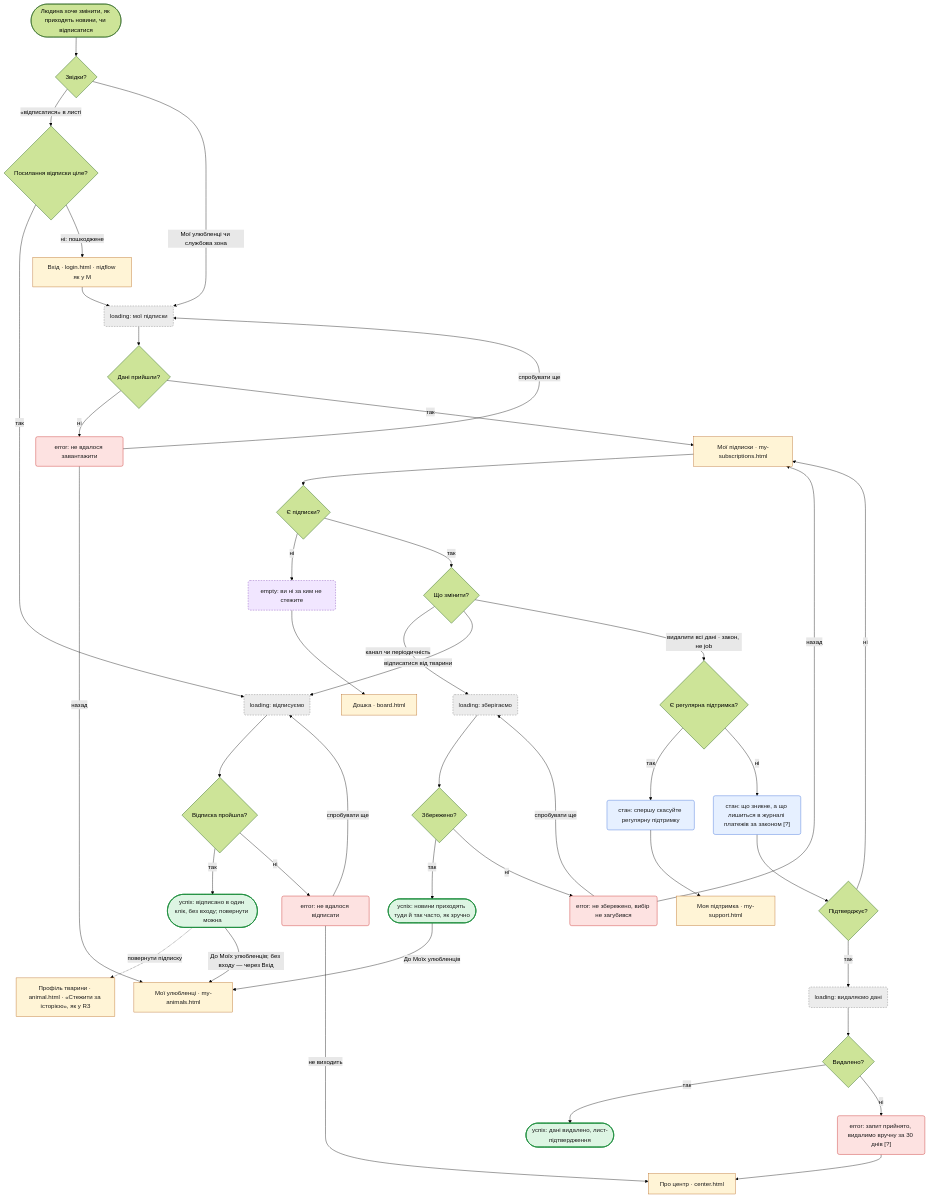
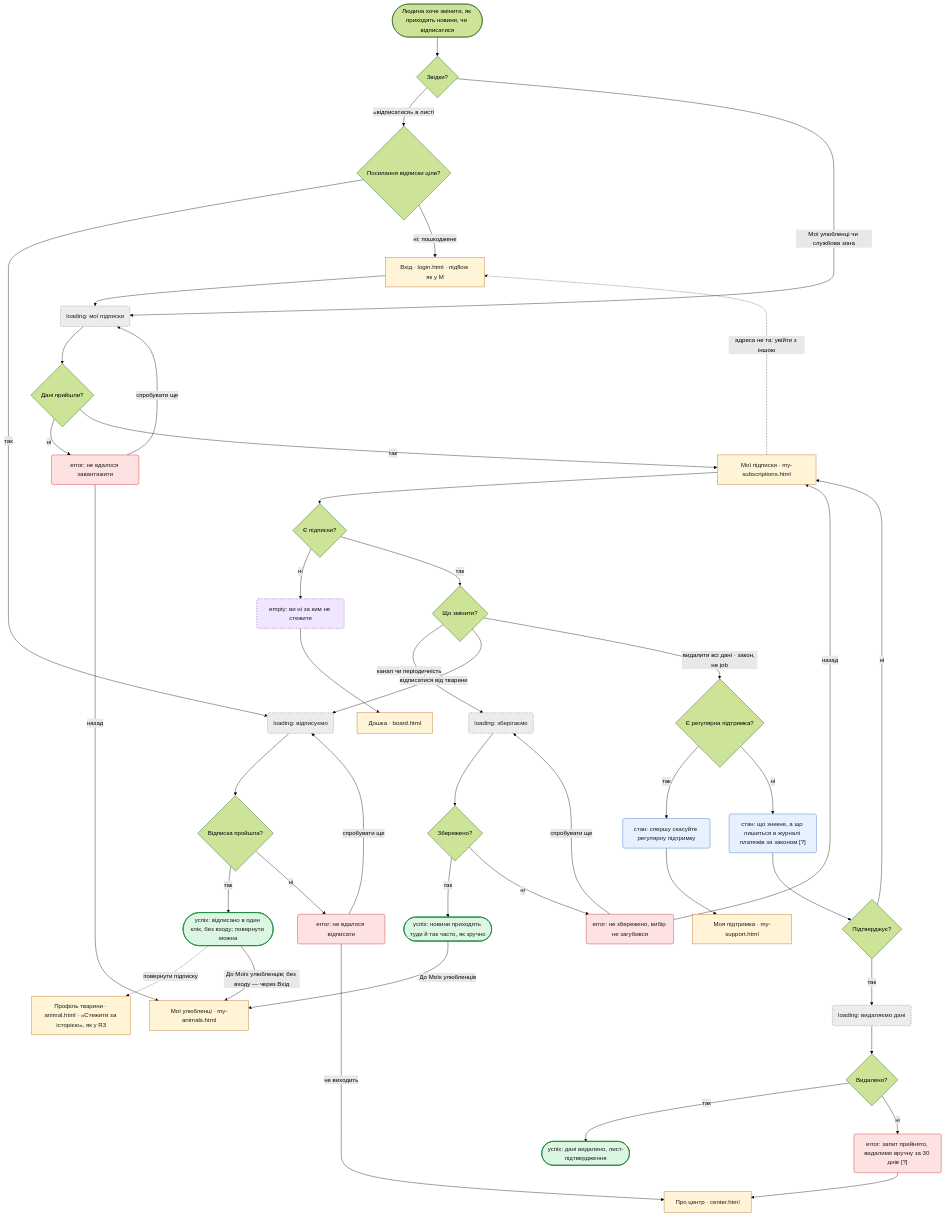
One commit to diadieva/pride changed the sixth of 8 diagrams in flows.md. Above: the diagram before and after it, drawn with Mermaid (forest theme). The commit also changed other lines of this file and 52 other files, not shown here.

````diff
--- a/flows.md
+++ b/flows.md
@@ -594,60 +594,61 @@
 ```mermaid
 flowchart TD
     S(["Людина хоче змінити, як приходять новини, чи відписатися"]) --> Q1{"Звідки?"}
     Q1 -->|"«відписатися» в листі"| Q2{"Посилання відписки ціле?"}
     Q2 -->|так| L1("loading: відписуємо")
     Q2 -->|"ні: пошкоджене"| LOGIN["Вхід · login.html · підflow як у M"]
     L1 --> Q3{"Відписка пройшла?"}
     Q3 -->|так| OK1(["успіх: відписано в один клік, без входу; повернути можна"])
     OK1 -.->|"повернути підписку"| PROF["Профіль тварини · animal.html · «Стежити за історією», як у R3"]
     Q3 -->|ні| E1("error: не вдалося відписати")
     E1 -->|"спробувати ще"| L1
     E1 -->|"не виходить"| CONTACT["Про центр · center.html"]
 
     Q1 -->|"Мої улюбленці чи службова зона"| L2("loading: мої підписки")
     LOGIN --> L2
     L2 --> Q4{"Дані прийшли?"}
     Q4 -->|ні| E2("error: не вдалося завантажити")
     E2 -->|"спробувати ще"| L2
     E2 -->|"назад"| MAIN["Мої улюбленці · my-animals.html"]
     Q4 -->|так| SUBS["Мої підписки · my-subscriptions.html"]
+    SUBS -.->|"адреса не та: увійти з іншою"| LOGIN
     SUBS --> Q5{"Є підписки?"}
     Q5 -->|ні| EM1("empty: ви ні за ким не стежите")
     EM1 --> BOARD["Дошка · board.html"]
     Q5 -->|так| Q6{"Що змінити?"}
 
     Q6 -->|"канал чи періодичність"| L3("loading: зберігаємо")
     L3 --> Q7{"Збережено?"}
     Q7 -->|так| OK2(["успіх: новини приходять туди й так часто, як зручно"])
     OK2 -->|"До Моїх улюбленців"| MAIN
     OK1 -->|"До Моїх улюбленців; без входу — через Вхід"| MAIN
     Q7 -->|ні| E3("error: не збережено, вибір не загубився")
     E3 -->|"спробувати ще"| L3
     E3 -->|"назад"| SUBS
 
     Q6 -->|"відписатися від тварини"| L1
 
     Q6 -->|"видалити всі дані · закон, не job"| Q8{"Є регулярна підтримка?"}
     Q8 -->|так| ST1("стан: спершу скасуйте регулярну підтримку")
     ST1 --> SUP["Моя підтримка · my-support.html"]
     Q8 -->|ні| ST2("стан: що зникне, а що лишиться в журналі платежів за законом [?]")
     ST2 --> Q9{"Підтверджує?"}
     Q9 -->|ні| SUBS
     Q9 -->|так| L4("loading: видаляємо дані")
     L4 --> Q10{"Видалено?"}
     Q10 -->|так| OK3(["успіх: дані видалено, лист-підтвердження"])
     Q10 -->|ні| E4("error: запит прийнято, видалимо вручну за 30 днів [?]")
     E4 --> CONTACT
     classDef screen fill:#FFF4D6,stroke:#B5651D,color:#1a1a1a
     classDef loading fill:#ECECEC,stroke:#777777,color:#1a1a1a,stroke-dasharray:4 3
     classDef empty fill:#F1E6FF,stroke:#7B3FB5,color:#1a1a1a,stroke-dasharray:4 3
     classDef error fill:#FDE2E1,stroke:#C5221F,color:#1a1a1a
     classDef state fill:#E6F0FF,stroke:#3367D6,color:#1a1a1a
     classDef ok fill:#DDF5E3,stroke:#1E8E3E,color:#1a1a1a,stroke-width:2px
     class LOGIN,CONTACT,MAIN,SUBS,BOARD,SUP,PROF screen
     class L1,L2,L3,L4 loading
     class EM1 empty
     class E1,E2,E3,E4 error
     class ST1,ST2 state
     class OK1,OK2,OK3 ok
 ```
````
